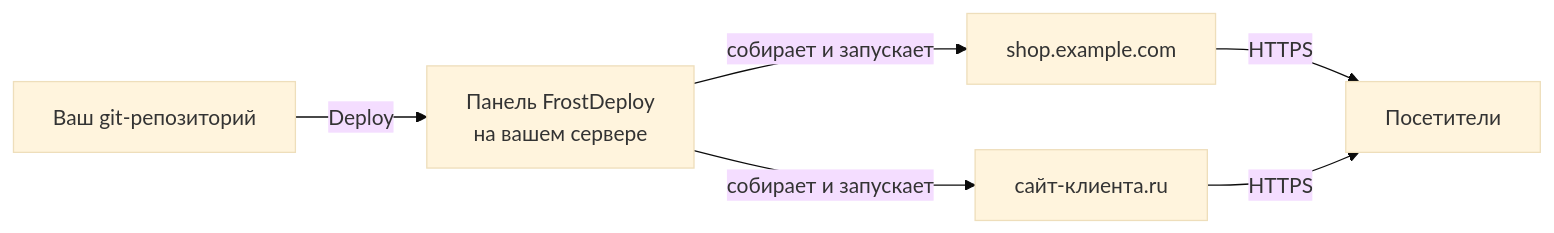
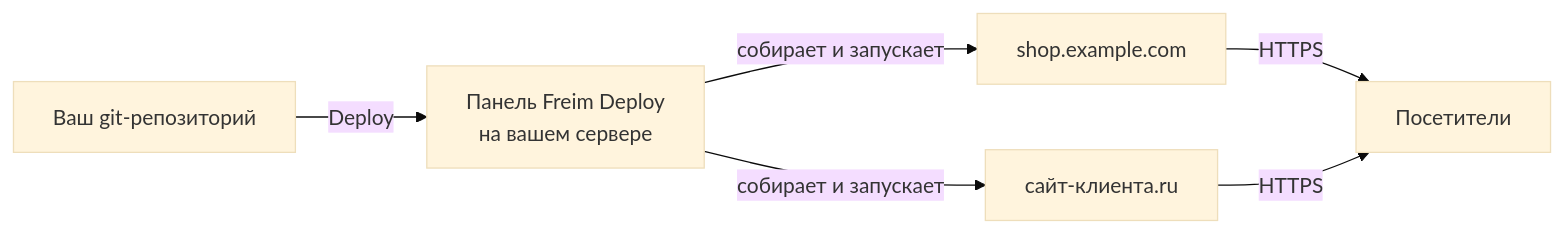
Before and after one commit to ARTFROST1/FreimDeploy: the first of 2 diagrams in README.ru.md, drawn with Mermaid (base theme). The commit also changed other lines of this file and 21 other files, not shown here.

````diff
--- a/README.ru.md
+++ b/README.ru.md
@@ -217,8 +224,8 @@
 ```mermaid
 flowchart LR
-    G["Ваш git-репозиторий"] -->|Deploy| P["Панель FrostDeploy<br/>на вашем сервере"]
+    G["Ваш git-репозиторий"] -->|Deploy| P["Панель Freim Deploy<br/>на вашем сервере"]
     P -->|собирает и запускает| S1["shop.example.com"]
     P -->|собирает и запускает| S2["сайт-клиента.ru"]
     S1 -->|HTTPS| V["Посетители"]
     S2 -->|HTTPS| V
 ```
````
